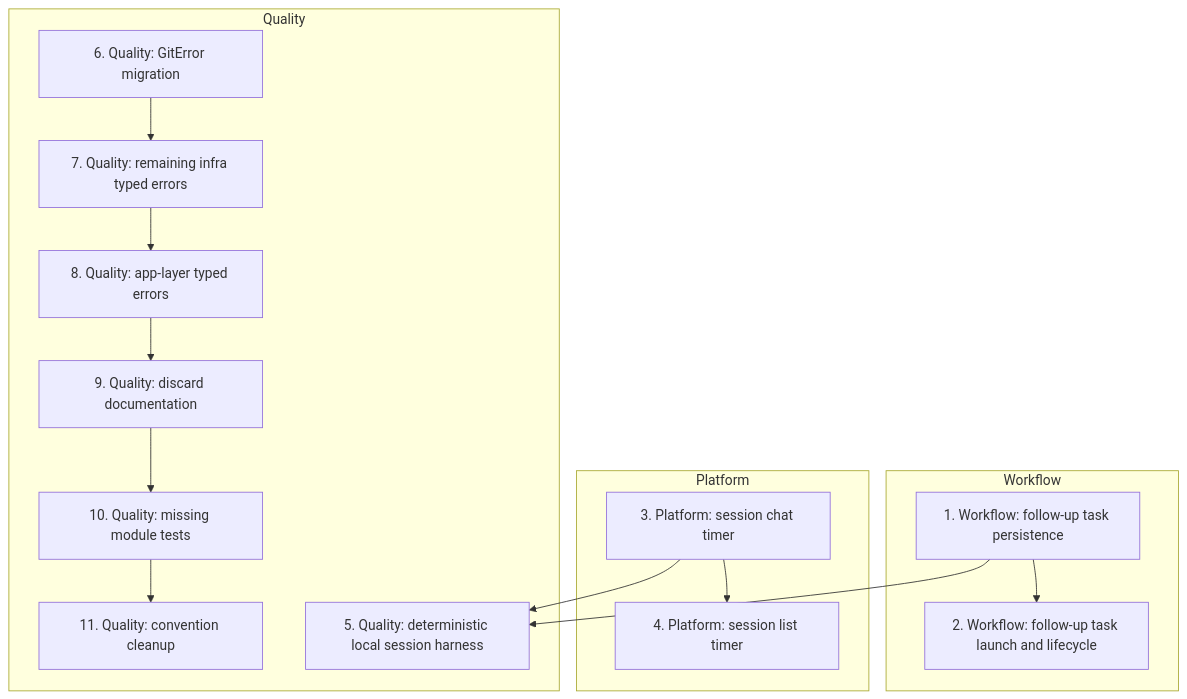
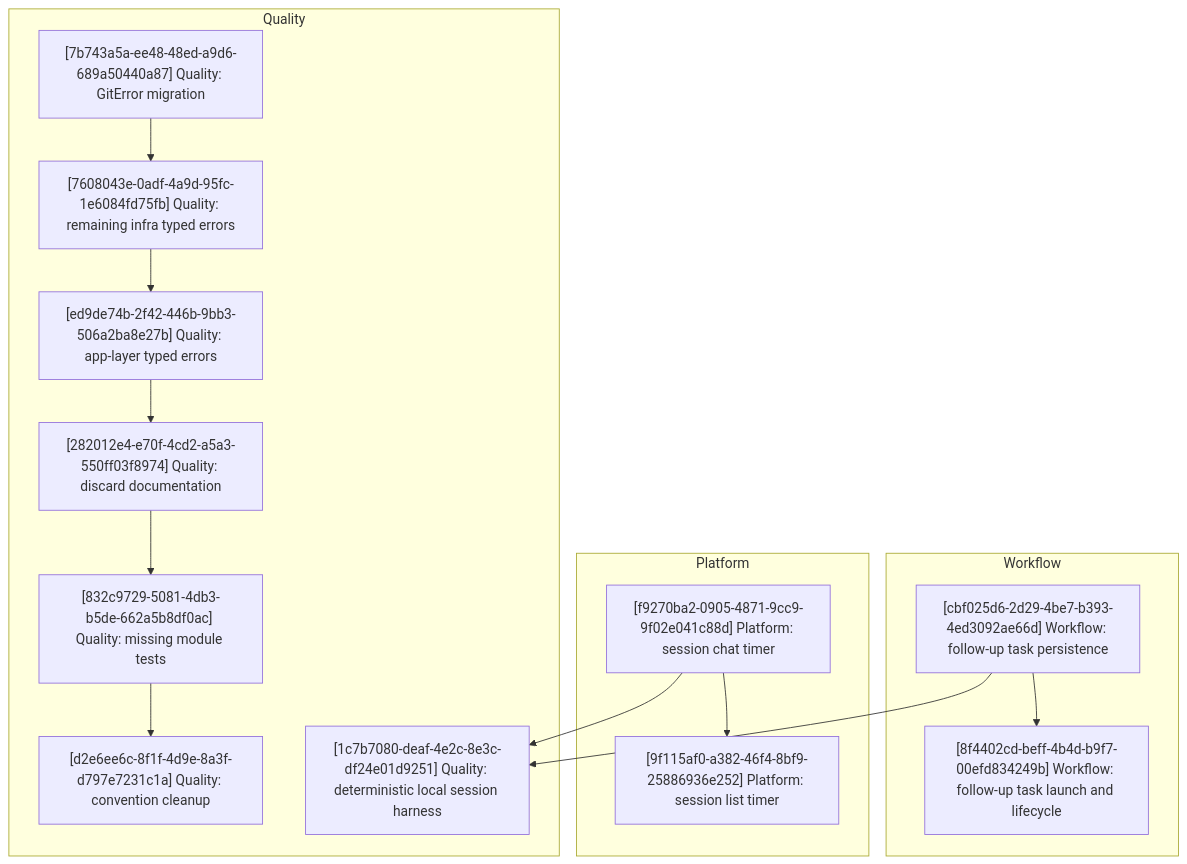
The diagram in docs/plan/roadmap.md (opencloudtool/agentty), drawn with Mermaid before and after one commit. The commit also changed other lines of this file and 5 other files, not shown here.

First line of the commit message:
Require UUID roadmap step headings

````diff
--- a/docs/plan/roadmap.md
+++ b/docs/plan/roadmap.md
@@ -32,22 +32,22 @@
 ```mermaid
 flowchart TD
     subgraph Workflow
-        P1["1. Workflow: follow-up task persistence"] --> P2["2. Workflow: follow-up task launch and lifecycle"]
+        P1["[cbf025d6-2d29-4be7-b393-4ed3092ae66d] Workflow: follow-up task persistence"] --> P2["[8f4402cd-beff-4b4d-b9f7-00efd834249b] Workflow: follow-up task launch and lifecycle"]
     end
 
     subgraph Platform
-        P3["3. Platform: session chat timer"] --> P4["4. Platform: session list timer"]
+        P3["[f9270ba2-0905-4871-9cc9-9f02e041c88d] Platform: session chat timer"] --> P4["[9f115af0-a382-46f4-8bf9-25886936e252] Platform: session list timer"]
     end
 
     subgraph Quality
-        P5["5. Quality: deterministic local session harness"]
-        P6["6. Quality: GitError migration"] --> P7["7. Quality: remaining infra typed errors"]
-        P7 --> P8["8. Quality: app-layer typed errors"]
-        P8 --> P9["9. Quality: discard documentation"]
-        P9 --> P10["10. Quality: missing module tests"]
-        P10 --> P11["11. Quality: convention cleanup"]
+        P5["[1c7b7080-deaf-4e2c-8e3c-df24e01d9251] Quality: deterministic local session harness"]
+        P6["[7b743a5a-ee48-48ed-a9d6-689a50440a87] Quality: GitError migration"] --> P7["[7608043e-0adf-4a9d-95fc-1e6084fd75fb] Quality: remaining infra typed errors"]
+        P7 --> P8["[ed9de74b-2f42-446b-9bb3-506a2ba8e27b] Quality: app-layer typed errors"]
+        P8 --> P9["[282012e4-e70f-4cd2-a5a3-550ff03f8974] Quality: discard documentation"]
+        P9 --> P10["[832c9729-5081-4db3-b5de-662a5b8df0ac] Quality: missing module tests"]
+        P10 --> P11["[d2e6ee6c-8f1f-4d9e-8a3f-d797e7231c1a] Quality: convention cleanup"]
     end
 
     P1 --> P5
     P3 --> P5
 ```
````
